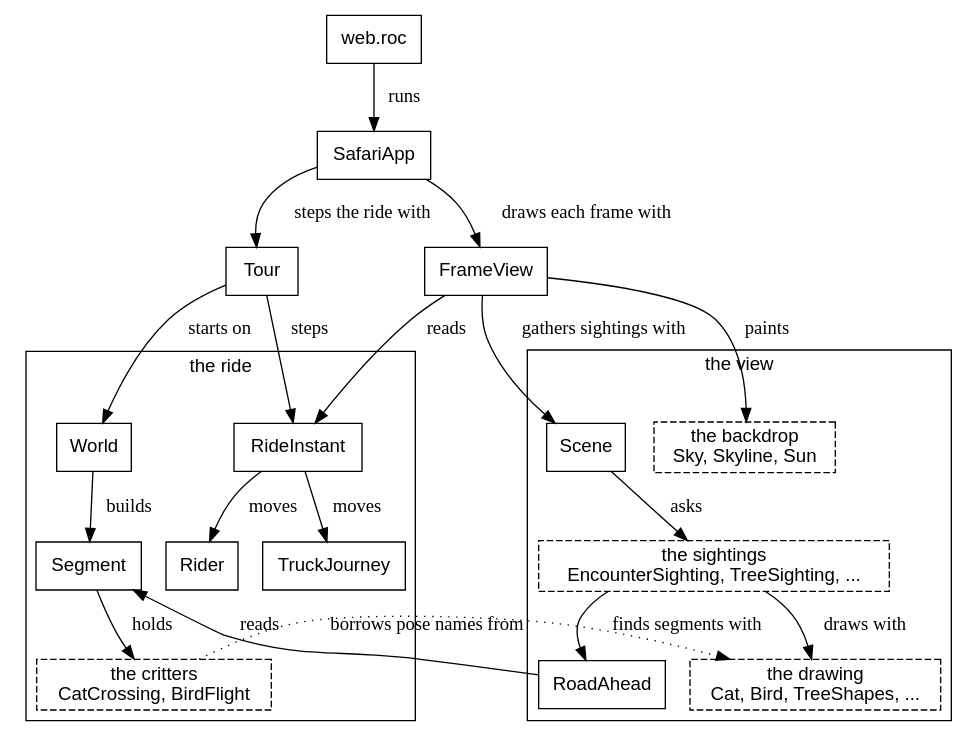
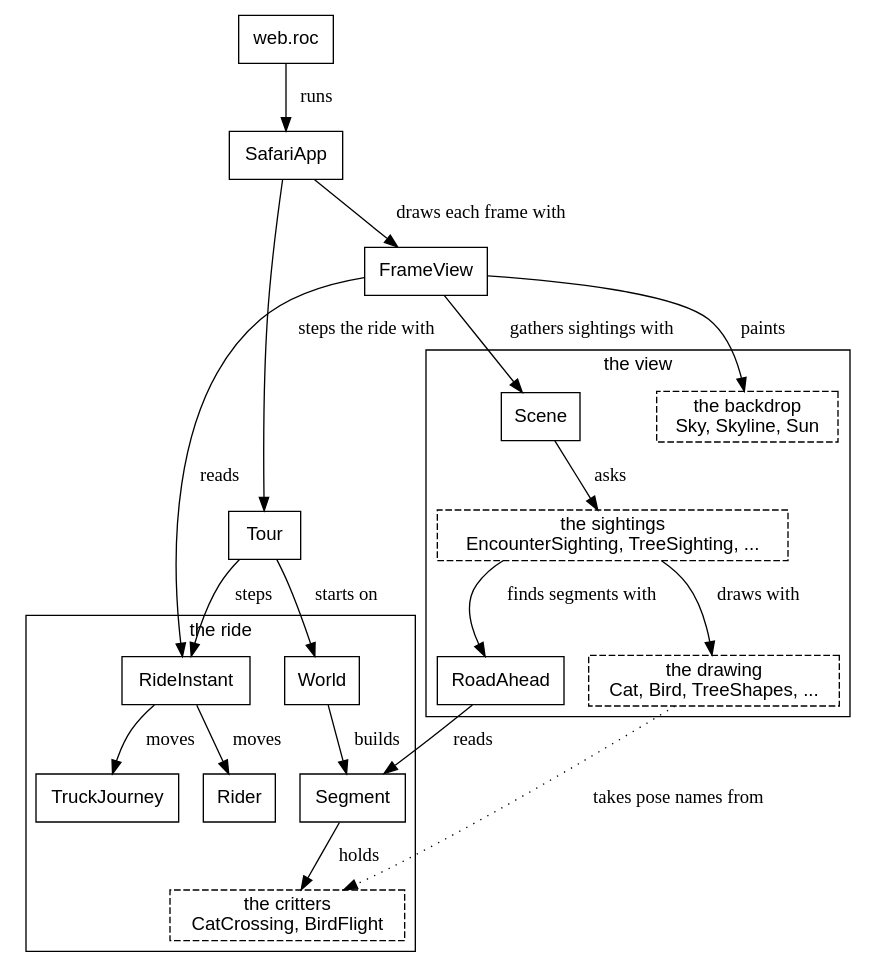
Before and after one commit to showell/roc-apps: the second of 30 diagrams in canvas_apps/safari/tutorial/tutorial.md, drawn with Graphviz. The commit also changed other lines of this file and 8 other files, not shown here.

````diff
--- a/canvas_apps/safari/tutorial/tutorial.md
+++ b/canvas_apps/safari/tutorial/tutorial.md
@@ -91,37 +91,37 @@
 ```dot
 digraph system {
   node [shape=box, fontname="Helvetica"];
   fontname="Helvetica";
   web [label="web.roc"];
   SafariApp; Tour; FrameView;
   subgraph cluster_ride {
     label="the ride";
     RideInstant; Rider; TruckJourney; World; Segment;
     critters [label="the critters\nCatCrossing, BirdFlight", style=dashed];
   }
   subgraph cluster_view {
     label="the view";
     sky [label="the backdrop\nSky, Skyline, Sun", style=dashed];
     Scene; RoadAhead;
     sightings [label="the sightings\nEncounterSighting, TreeSighting, ...", style=dashed];
     drawing [label="the drawing\nCat, Bird, TreeShapes, ...", style=dashed];
   }
   web -> SafariApp [label="  runs"];
   SafariApp -> Tour [label="  steps the ride with"];
   SafariApp -> FrameView [label="  draws each frame with"];
   Tour -> RideInstant [label="  steps"];
   Tour -> World [label="  starts on"];
   RideInstant -> Rider [label="  moves"];
   RideInstant -> TruckJourney [label="  moves"];
   World -> Segment [label="  builds"];
   Segment -> critters [label="  holds"];
   FrameView -> RideInstant [label="  reads"];
   FrameView -> sky [label="  paints"];
   FrameView -> Scene [label="  gathers sightings with"];
   Scene -> sightings [label="  asks"];
   sightings -> RoadAhead [label="  finds segments with"];
   RoadAhead -> Segment [label="  reads"];
   sightings -> drawing [label="  draws with"];
-  critters -> drawing [label="  borrows pose names from", style=dotted];
+  drawing -> critters [label="  takes pose names from", style=dotted];
 }
 ```
````
